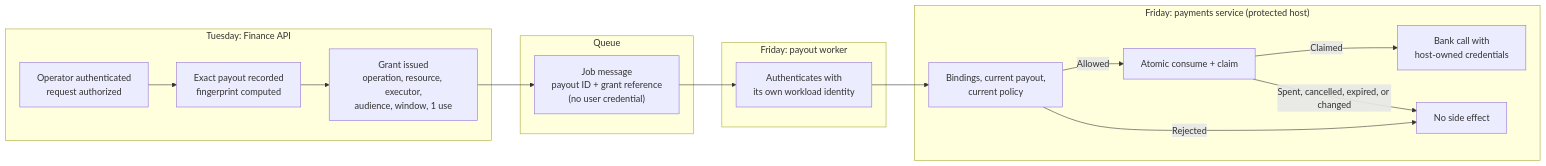
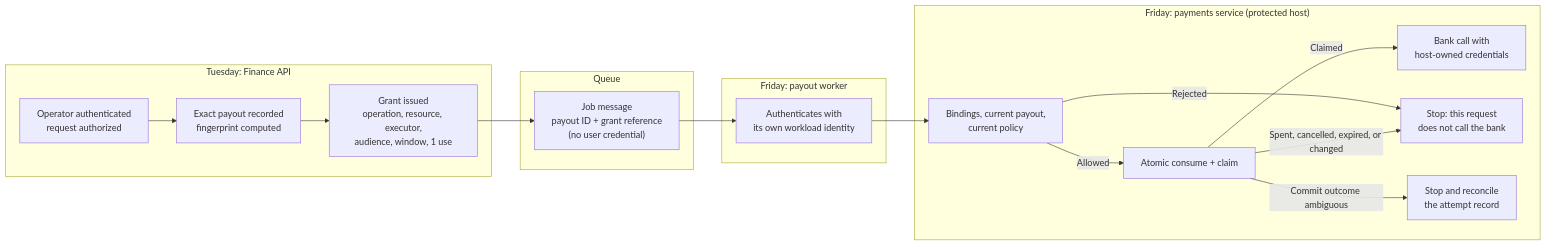
The diagram in docs/articles/2026/short-lived-execution-authority-vs-user-authorization.md (AsiBackbone/Learning), drawn with Mermaid before and after one commit. The commit also changed other lines of this file, not shown here.

````diff
--- a/docs/articles/2026/short-lived-execution-authority-vs-user-authorization.md
+++ b/docs/articles/2026/short-lived-execution-authority-vs-user-authorization.md
@@ -180,20 +180,21 @@
 ```mermaid
 flowchart LR
     subgraph T["Tuesday: Finance API"]
         A["Operator authenticated<br/>request authorized"] --> B["Exact payout recorded<br/>fingerprint computed"]
         B --> C["Grant issued<br/>operation, resource, executor,<br/>audience, window, 1 use"]
     end
     subgraph Q["Queue"]
         M["Job message<br/>payout ID + grant reference<br/>(no user credential)"]
     end
     subgraph F["Friday: payout worker"]
         W["Authenticates with<br/>its own workload identity"]
     end
     subgraph H["Friday: payments service (protected host)"]
         V["Bindings, current payout,<br/>current policy"] -->|Allowed| K["Atomic consume + claim"]
         K -->|Claimed| X["Bank call with<br/>host-owned credentials"]
-        V -->|Rejected| N["No side effect"]
+        V -->|Rejected| N["Stop: this request<br/>does not call the bank"]
         K -->|Spent, cancelled, expired, or changed| N
+        K -->|Commit outcome ambiguous| R["Stop and reconcile<br/>the attempt record"]
     end
     C --> M --> W --> V
 ```
````
